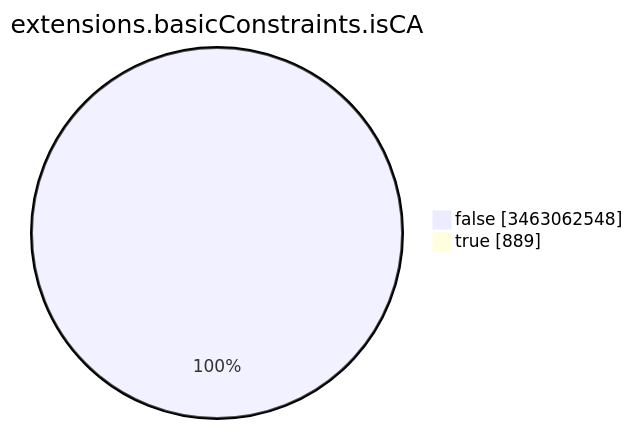
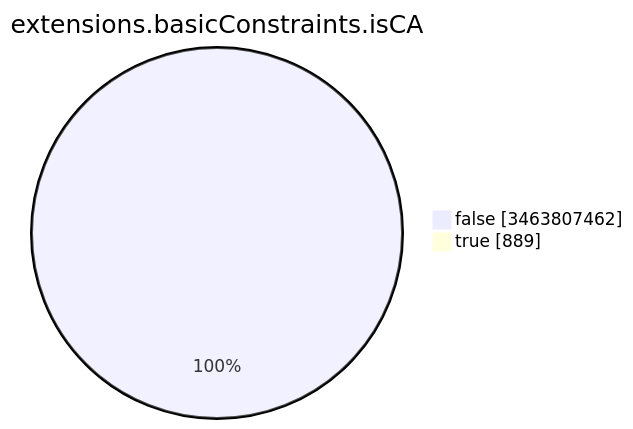
Before and after one commit to christiankrug/ctmonitor_visualization: the seventh of 15 diagrams in TOTAL/README.md, drawn with Mermaid. The commit also changed other lines of this file, not shown here.

````diff
--- a/TOTAL/README.md
+++ b/TOTAL/README.md
@@ -3093,6 +3093,6 @@
 ```mermaid
 pie showData
 title extensions.basicConstraints.isCA
-"false" :3463062548
+"false" :3463807462
 "true" :889
 ```
````
